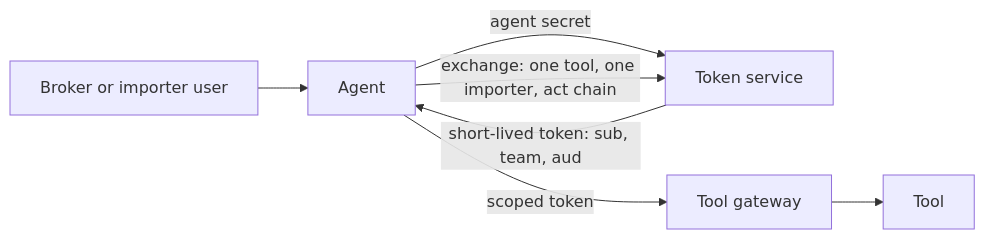
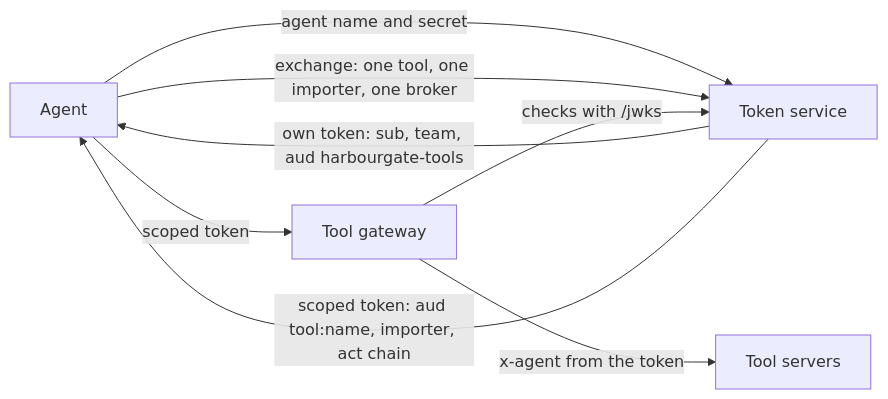
One commit to learnwithparam/agentic-architecture changed the diagram in parts/03-identify-each-agent/README.md. Above: the diagram before and after it, drawn with Mermaid. The commit also changed other lines of this file and 2 other files, not shown here.

````diff
--- a/parts/03-identify-each-agent/README.md
+++ b/parts/03-identify-each-agent/README.md
@@ -17,8 +18,10 @@
 ```mermaid
 flowchart LR
-  B[Broker or importer user] --> AG[Agent]
-  AG -->|agent secret| TS[Token service]
-  TS -->|short-lived token: sub, team, aud| AG
-  AG -->|exchange: one tool, one importer, act chain| TS
-  AG -->|scoped token| TG[Tool gateway] --> T[Tool]
+  AG[Agent] -->|agent name and secret| TS[Token service]
+  TS -->|own token: sub, team, aud harbourgate-tools| AG
+  AG -->|exchange: one tool, one importer, one broker| TS
+  TS -->|scoped token: aud tool:name, importer, act chain| AG
+  AG -->|scoped token| TG[Tool gateway]
+  TG -->|checks with /jwks| TS
+  TG -->|x-agent from the token| T[Tool servers]
 ```
````
